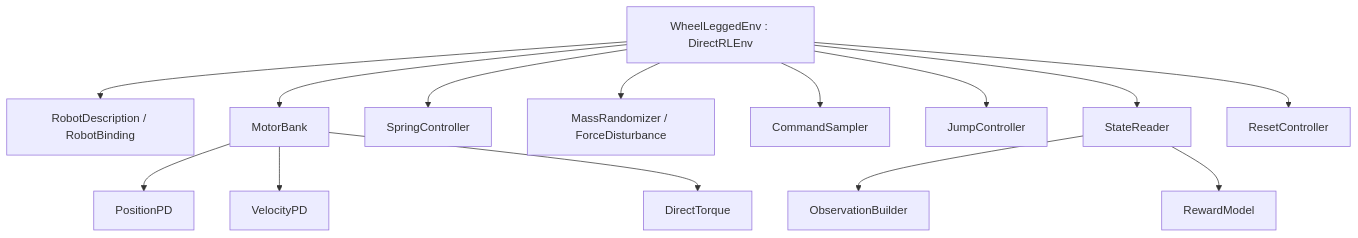
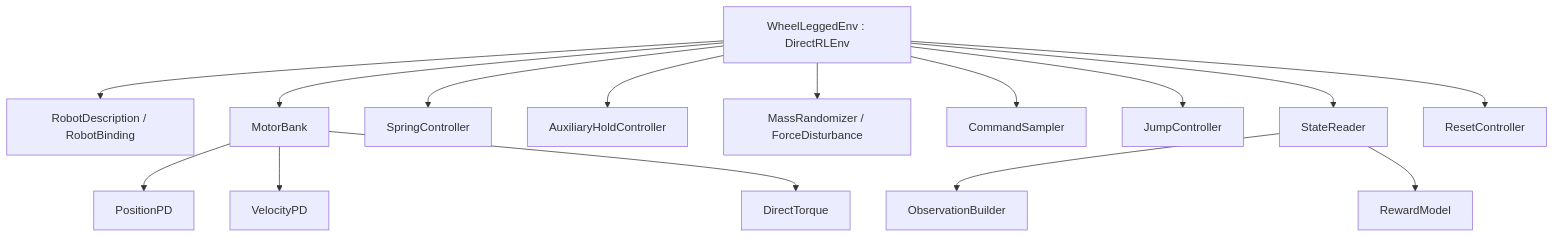
Before and after one commit to laohantuiche01/wheel_leg: the diagram in docs/ARCHITECTURE.md, drawn with Mermaid. The commit also changed other lines of this file and 14 other files, not shown here.

````diff
--- a/docs/ARCHITECTURE.md
+++ b/docs/ARCHITECTURE.md
@@ -3,16 +3,17 @@
 ```mermaid
 flowchart TD
   E[WheelLeggedEnv : DirectRLEnv] --> B[RobotDescription / RobotBinding]
   E --> M[MotorBank]
   M --> P[PositionPD]
   M --> V[VelocityPD]
   M --> T[DirectTorque]
   E --> S[SpringController]
+  E --> H[AuxiliaryHoldController]
   E --> D[MassRandomizer / ForceDisturbance]
   E --> C[CommandSampler]
   E --> J[JumpController]
   E --> R[StateReader]
   R --> O[ObservationBuilder]
   R --> W[RewardModel]
   E --> X[ResetController]
 ```
````
